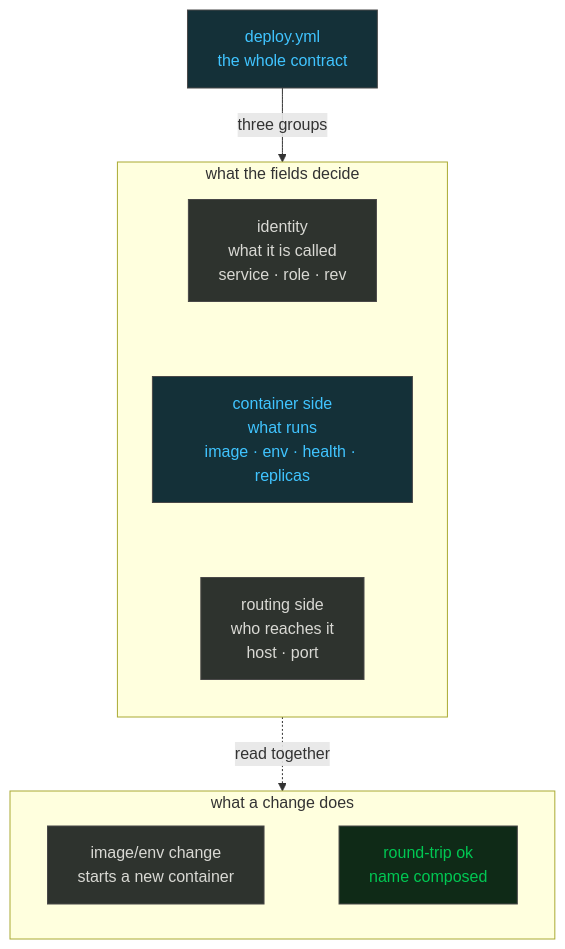
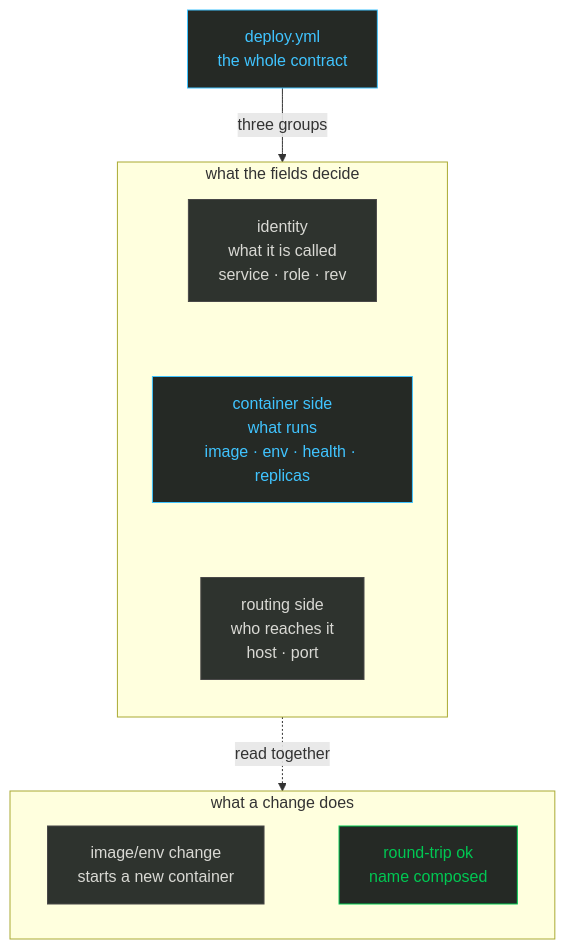
One commit to gjuoun/bundant changed the diagram in docs/tutorial/02-first-service.mdx. Above: the diagram before and after it, drawn with Mermaid. The commit also changed 7 other files, not shown here.

````diff
--- a/docs/tutorial/02-first-service.mdx
+++ b/docs/tutorial/02-first-service.mdx
@@ -54,25 +54,25 @@
 ```mermaid
 flowchart TD
   root["deploy.yml<br/>the whole contract"]
   subgraph fields["what the fields decide"]
     direction TB
     id["identity<br/>what it is called<br/>service · role · rev"]
     ctr["container side<br/>what runs<br/>image · env · health · replicas"]
     rt["routing side<br/>who reaches it<br/>host · port"]
     id ~~~ ctr ~~~ rt
   end
   root -- "three groups" --> fields
   subgraph notes["what a change does"]
     direction LR
     cnote["image/env change<br/>starts a new container"]
     inote["round-trip ok<br/>name composed"]
     cnote ~~~ inote
   end
   fields -. "read together" .-> notes
-  classDef local fill:#143038,color:#40c4ff,stroke:#494848;
-  classDef ok fill:#0f2a17,color:#00c853,stroke:#494848;
+  classDef local fill:#252925,color:#40c4ff,stroke:#40c4ff;
+  classDef ok fill:#252925,color:#00c853,stroke:#00c853;
   classDef neutral fill:#2e332e,color:#d9d9d4,stroke:#494848;
   class root,ctr local;
   class inote ok;
   class id,rt,cnote neutral;
 ```
````
